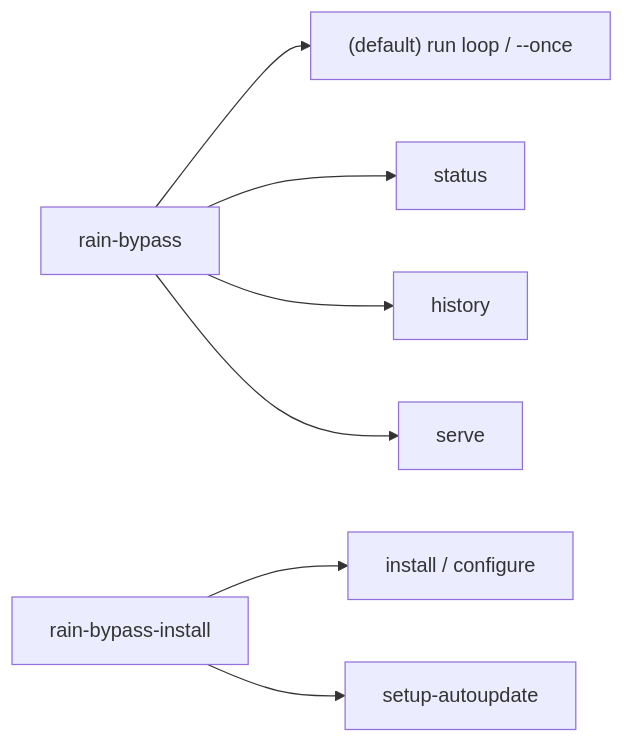
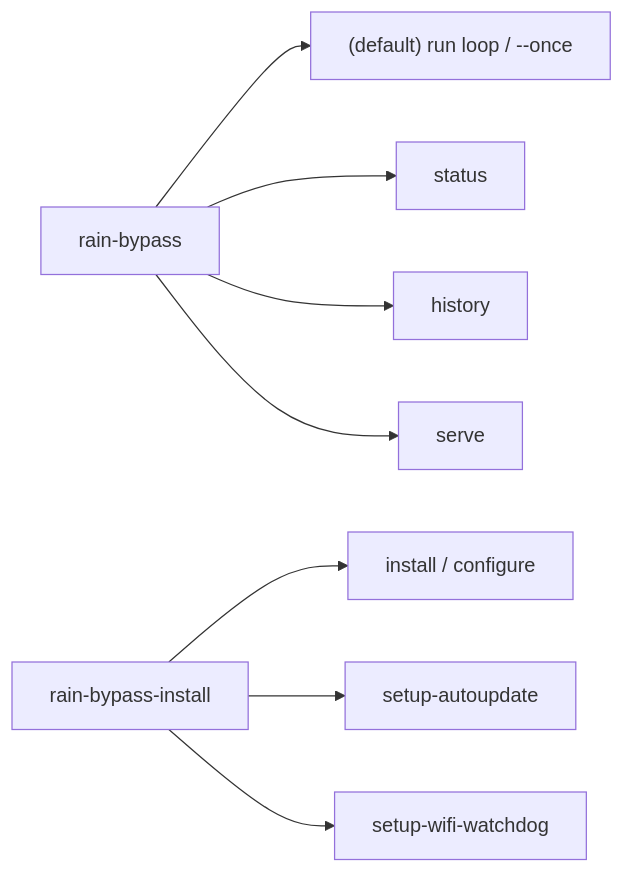
Before and after one commit to grevelle/sprinkler-rain-bypass: the first of 7 diagrams in README.md, drawn with Mermaid. The commit also changed other lines of this file and 14 other files, not shown here.

````diff
--- a/README.md
+++ b/README.md
@@ -57,9 +57,10 @@
 ```mermaid
 flowchart LR
   rb[rain-bypass] --> run["(default) run loop / --once"]
   rb --> status[status]
   rb --> history[history]
   rb --> serve[serve]
   install[rain-bypass-install] --> wizard[install / configure]
   install --> autoup[setup-autoupdate]
+  install --> wifiwd[setup-wifi-watchdog]
 ```
````
